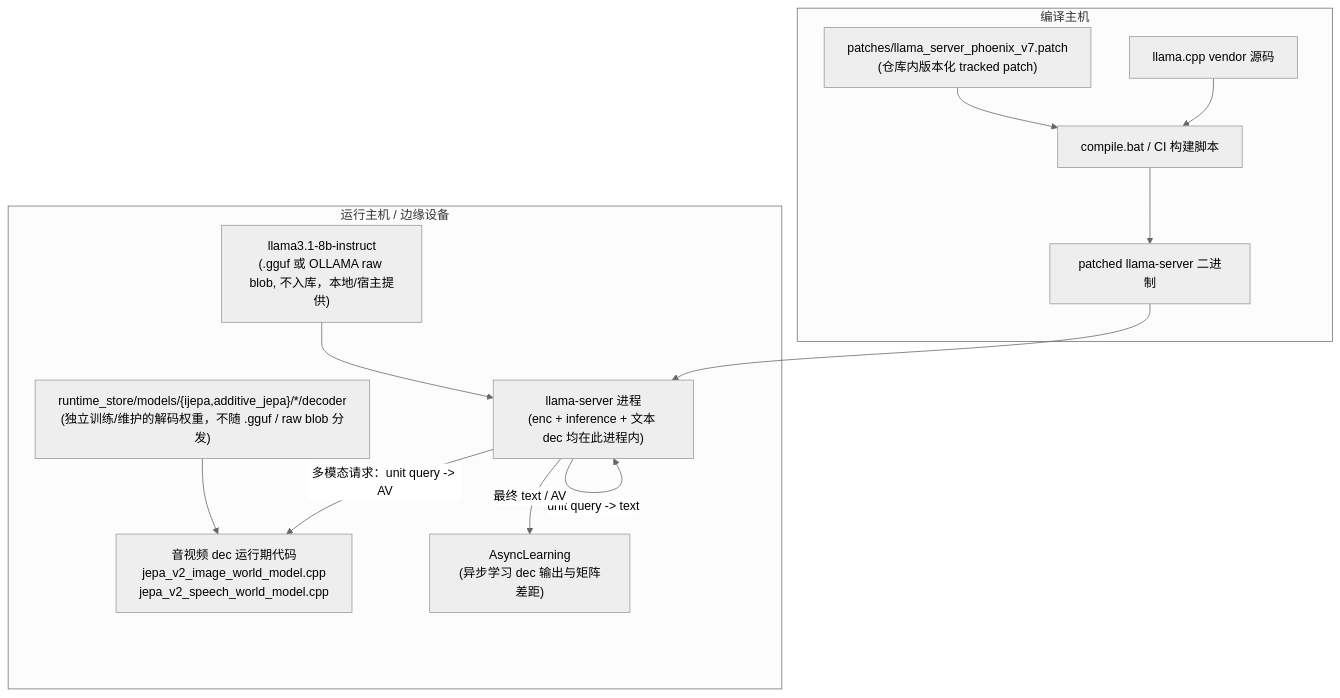
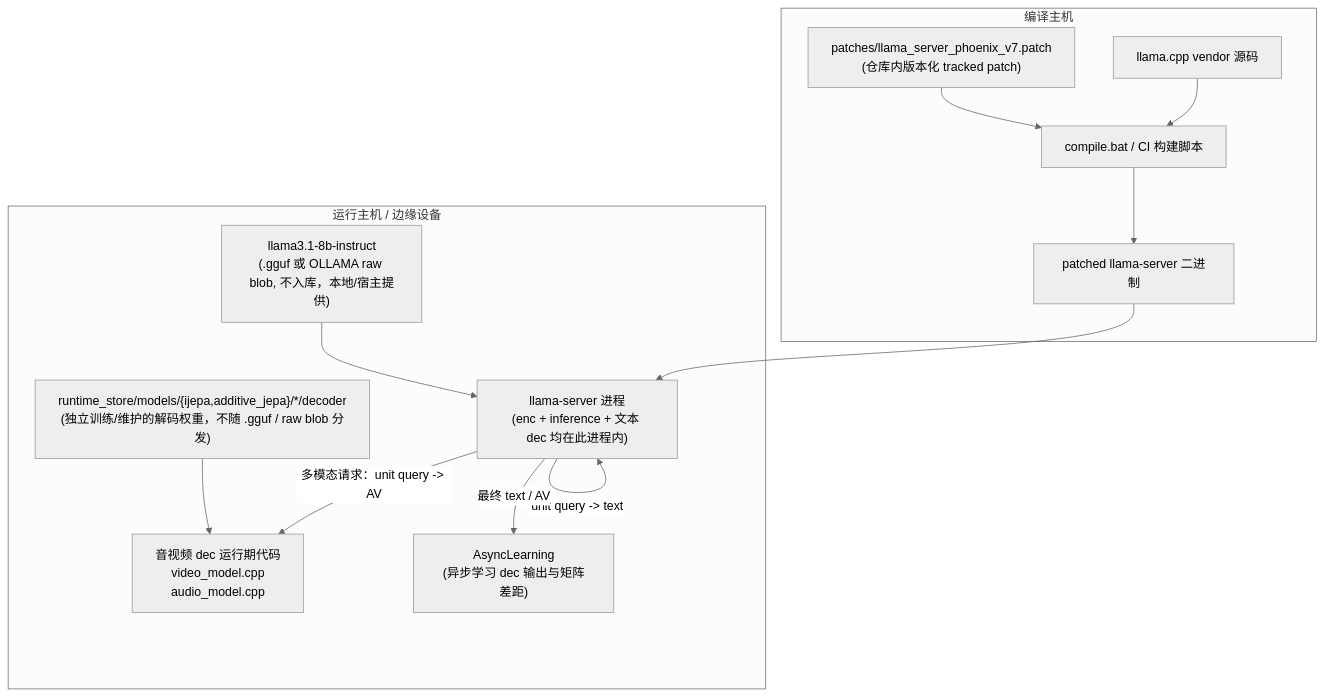
The second of 2 diagrams in doc/v7.0/model_deployment.md (mumu2009/phoenix), drawn with Mermaid (neutral theme) before and after one commit. The commit also changed other lines of this file and 57 other files, not shown here.

````diff
--- a/doc/v7.0/model_deployment.md
+++ b/doc/v7.0/model_deployment.md
@@ -483,27 +483,27 @@
 ```mermaid
 flowchart TB
     subgraph BUILDHOST["编译主机"]
         REPO["llama.cpp vendor 源码"]
         PATCH["patches/llama_server_phoenix_v7.patch<br/>(仓库内版本化 tracked patch)"]
         CI["compile.bat / CI 构建脚本"]
         BIN["patched llama-server 二进制"]
         REPO --> CI
         PATCH --> CI
         CI --> BIN
     end
 
     subgraph RUNHOST["运行主机 / 边缘设备"]
         GGUF["llama3.1-8b-instruct<br/>(.gguf 或 OLLAMA raw blob, 不入库，本地/宿主提供)"]
         SERVER["llama-server 进程<br/>(enc + inference + 文本 dec 均在此进程内)"]
-        AVDEC["音视频 dec 运行期代码<br/>jepa_v2_image_world_model.cpp<br/>jepa_v2_speech_world_model.cpp"]
+        AVDEC["音视频 dec 运行期代码<br/>video_model.cpp<br/>audio_model.cpp"]
         AVW["runtime_store/models/{ijepa,additive_jepa}/*/decoder<br/>(独立训练/维护的解码权重，不随 .gguf / raw blob 分发)"]
         ASYNC["AsyncLearning<br/>(异步学习 dec 输出与矩阵差距)"]
     end
 
     BIN --> SERVER
     GGUF --> SERVER
     SERVER -->|unit query -> text| SERVER
     SERVER -->|多模态请求：unit query -> AV| AVDEC
     AVW --> AVDEC
     SERVER -->|最终 text / AV| ASYNC
 ```
````
